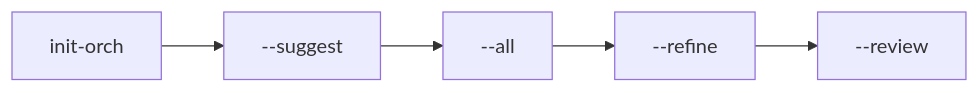
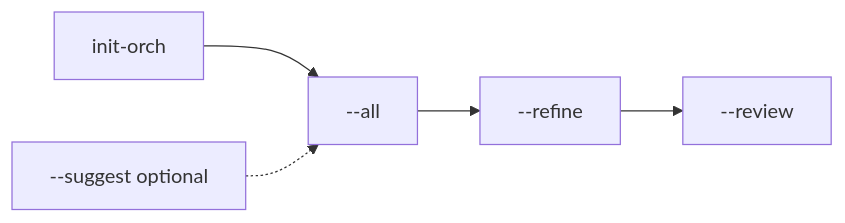
One commit to matibilkis/zubeld.ia changed the diagram in README.md. Above: the diagram before and after it, drawn with Mermaid. The commit also changed other lines of this file and 9 other files, not shown here.

````diff
--- a/README.md
+++ b/README.md
@@ -33,7 +47,7 @@
 ```mermaid
 flowchart LR
-    Bootstrap[init-orch] --> Suggest[--suggest]
-    Suggest --> Compile[--all]
+    Bootstrap[init-orch] --> Compile[--all]
     Compile --> Refine[--refine]
     Refine --> Review[--review]
+    Suggest[--suggest optional] -.-> Compile
 ```
````
